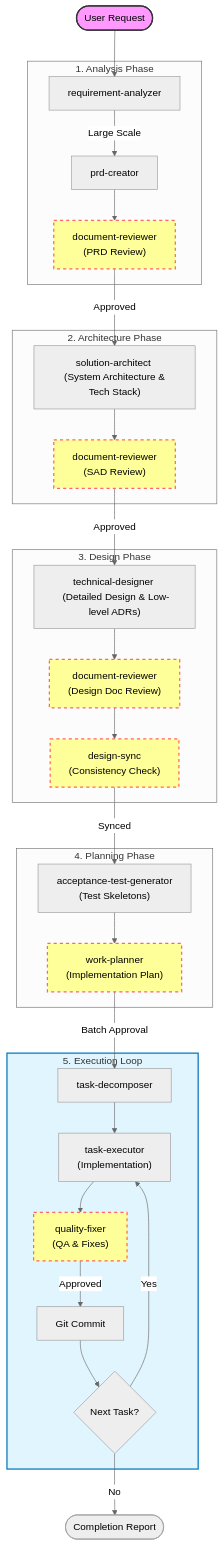
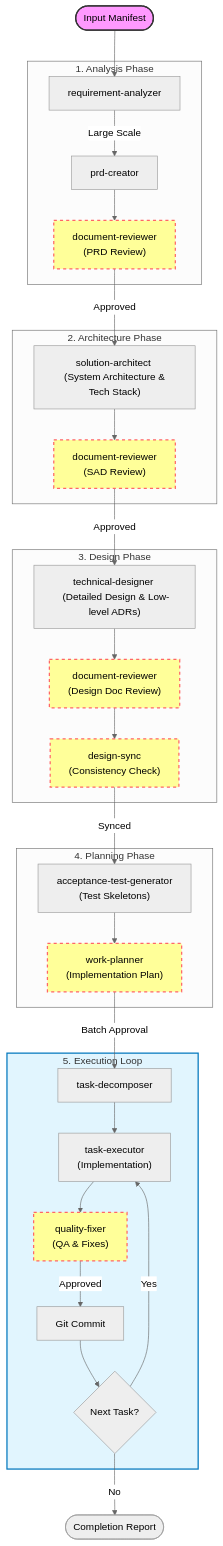
One commit to RimmonXIA/antigravity-workflows changed the diagram in .agent/WORKFLOW_CONSTITUTION.md. Above: the diagram before and after it, drawn with Mermaid (neutral theme). The commit also changed 4 other files, not shown here.

````diff
--- a/.agent/WORKFLOW_CONSTITUTION.md
+++ b/.agent/WORKFLOW_CONSTITUTION.md
@@ -15,70 +15,70 @@
 ```mermaid
 graph TD
     %% Nodes
-    Start(["User Request"])
+    Start(["Input Manifest"])
     
     subgraph Phase1 ["1. Analysis Phase"]
         RA["requirement-analyzer"]
         PRD["prd-creator"]
         RevPRD["document-reviewer <br/> (PRD Review)"]
     end
 
     subgraph Phase2 ["2. Architecture Phase"]
         SA["solution-architect <br/> (System Architecture & Tech Stack)"]
         RevSAD["document-reviewer <br/> (SAD Review)"]
     end
 
     subgraph Phase3 ["3. Design Phase"]
         TD["technical-designer <br/> (Detailed Design & Low-level ADRs)"]
         RevDD["document-reviewer <br/> (Design Doc Review)"]
         Sync["design-sync <br/> (Consistency Check)"]
     end
 
     subgraph Phase4 ["4. Planning Phase"]
         ATG["acceptance-test-generator <br/> (Test Skeletons)"]
         WP["work-planner <br/> (Implementation Plan)"]
     end
 
     subgraph Phase5 ["5. Execution Loop"]
         Decomp["task-decomposer"]
         Exec["task-executor <br/> (Implementation)"]
         QF["quality-fixer <br/> (QA & Fixes)"]
         Commit["Git Commit"]
         Cycle{"Next Task?"}
     end
 
     %% Flow
     Start --> RA
     RA -->|Large Scale| PRD
     PRD --> RevPRD
     
     %% Critical Gate
     RevPRD -->|Approved| SA
     SA --> RevSAD
     
     RevSAD -->|Approved| TD
     TD --> RevDD
     RevDD --> Sync
     
     Sync -->|Synced| ATG
     ATG --> WP
     WP -->|Batch Approval| Decomp
     
     Decomp --> Exec
     Exec --> QF
     QF -->|Approved| Commit
     Commit --> Cycle
     
     Cycle -->|Yes| Exec
     Cycle -->|No| Done(["Completion Report"])
 
     %% Styling
     style Start fill:#f9f,stroke:#333,stroke-width:2px
     style RevPRD fill:#ff9,stroke:#f66,stroke-width:2px,stroke-dasharray: 5 5
     style RevSAD fill:#ff9,stroke:#f66,stroke-width:2px,stroke-dasharray: 5 5
     style RevDD fill:#ff9,stroke:#f66,stroke-width:2px,stroke-dasharray: 5 5
     style Sync fill:#ff9,stroke:#f66,stroke-width:2px,stroke-dasharray: 5 5
     style WP fill:#ff9,stroke:#f66,stroke-width:2px,stroke-dasharray: 5 5
     style QF fill:#ff9,stroke:#f66,stroke-width:2px,stroke-dasharray: 5 5
     style Phase5 fill:#e1f5fe,stroke:#0277bd,stroke-width:2px
 ```
````
